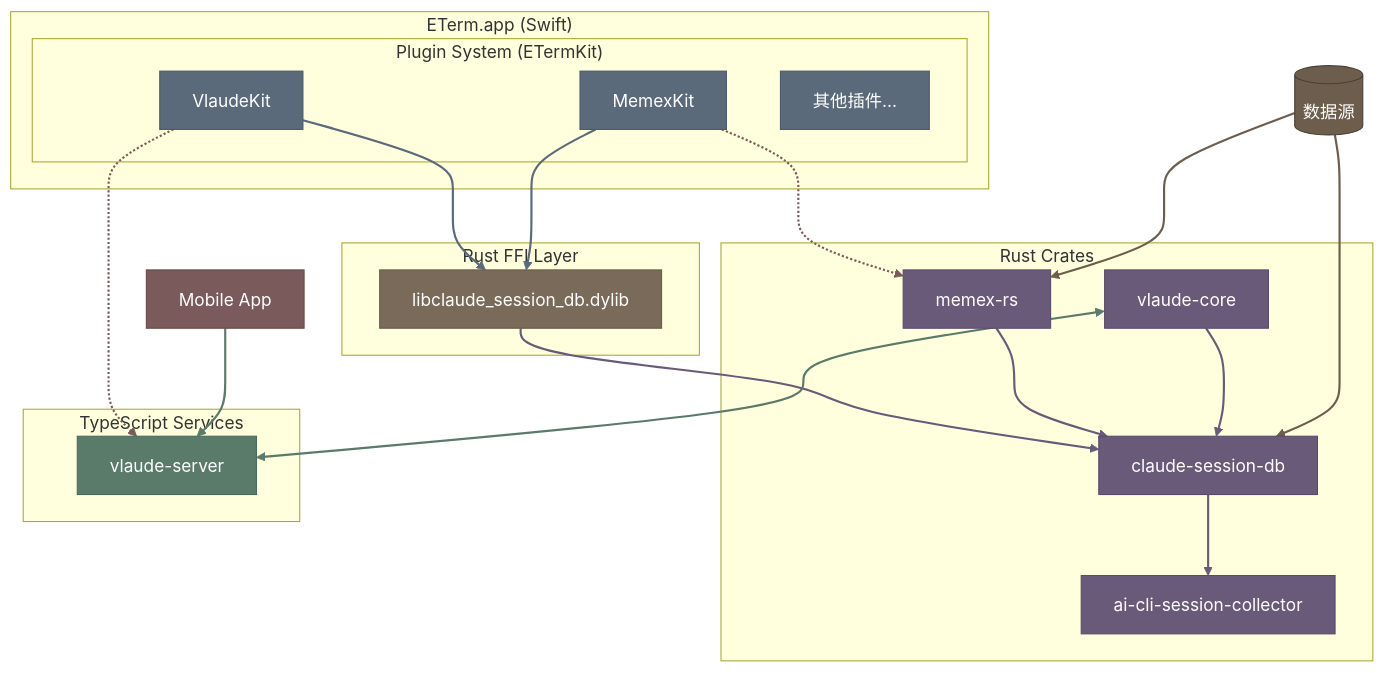
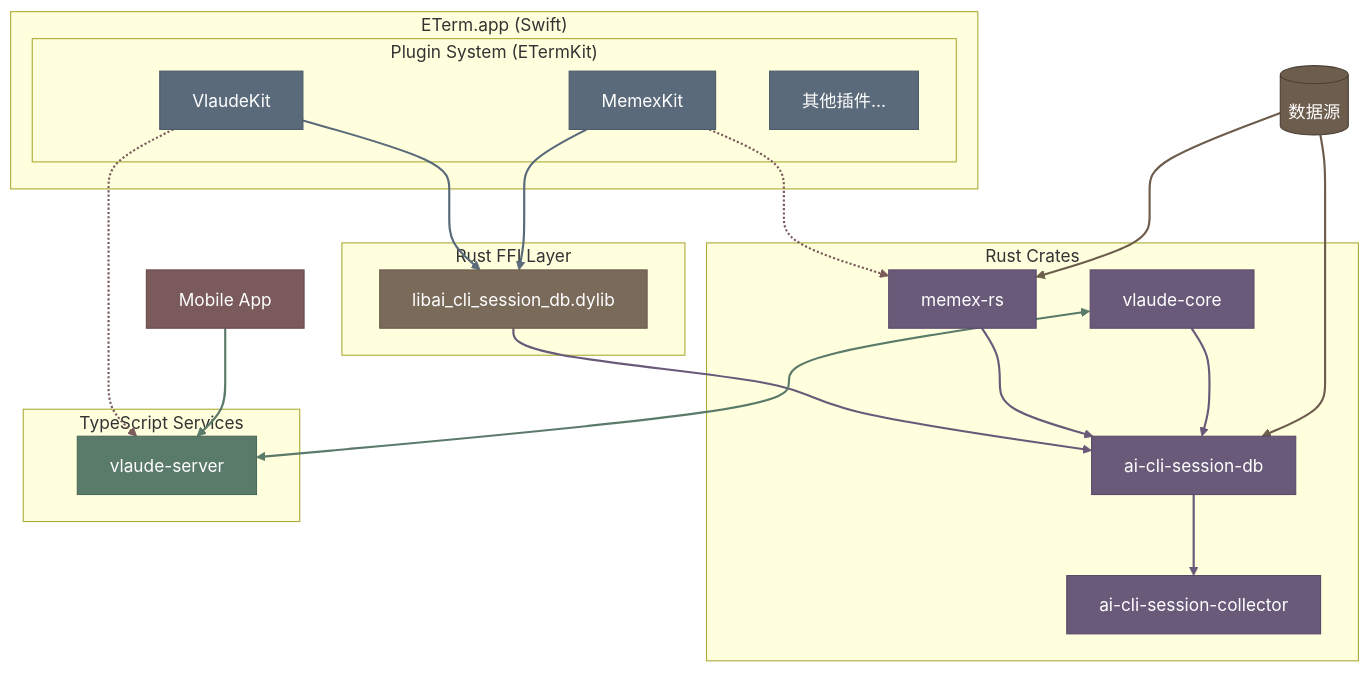
The second of 4 diagrams in ARCHITECTURE.md (vimo-ai/ETerm-workspace), drawn with Mermaid before and after one commit. The commit also changed other lines of this file and 9 other files, not shown here.

First line of the commit message:
🔧 Rename claude-session-db to ai-cli-session-db

````diff
--- a/ARCHITECTURE.md
+++ b/ARCHITECTURE.md
@@ -95,62 +95,62 @@
 ```mermaid
 flowchart TB
     subgraph APP["ETerm.app (Swift)"]
         subgraph Plugins["Plugin System (ETermKit)"]
             P1["VlaudeKit"]
             P2["MemexKit"]
             P3["其他插件..."]
         end
     end
 
     subgraph FFI["Rust FFI Layer"]
-        F1["libclaude_session_db.dylib"]
+        F1["libai_cli_session_db.dylib"]
     end
 
     subgraph Crates["Rust Crates"]
         R1["ai-cli-session-collector"]
-        R2["claude-session-db"]
+        R2["ai-cli-session-db"]
         R3["memex-rs"]
         R4["vlaude-core"]
     end
 
     subgraph TS["TypeScript Services"]
         T2["vlaude-server"]
     end
 
     DS[("数据源")]
     Mobile["Mobile App"]
 
     P1 --> F1
     P1 -.-> T2
     P2 --> F1
     P2 -.-> R3
 
     F1 --> R2
     R2 --> R1
     R3 --> R2
     R4 --> R2
 
     R4 <--> T2
     Mobile --> T2
 
     DS --> R2
     DS --> R3
 
     style P1 fill:#5A6A7A,stroke:#4A5A6A,color:#fff
     style P2 fill:#5A6A7A,stroke:#4A5A6A,color:#fff
     style P3 fill:#5A6A7A,stroke:#4A5A6A,color:#fff
     style F1 fill:#7A6A5A,stroke:#6A5A4A,color:#fff
     style R1 fill:#6A5A7A,stroke:#5A4A6A,color:#fff
     style R2 fill:#6A5A7A,stroke:#5A4A6A,color:#fff
     style R3 fill:#6A5A7A,stroke:#5A4A6A,color:#fff
     style R4 fill:#6A5A7A,stroke:#5A4A6A,color:#fff
     style T2 fill:#5A7A6A,stroke:#4A6A5A,color:#fff
     style DS fill:#6D5D4D,stroke:#4A3F35,color:#fff
     style Mobile fill:#7A5A5A,stroke:#6A4A4A,color:#fff
 
     linkStyle 0,2 stroke:#5A6A7A,stroke-width:2px
     linkStyle 1,3 stroke:#7A5A5A,stroke-width:2px
     linkStyle 4,5,6,7 stroke:#6A5A7A,stroke-width:2px
     linkStyle 8,9 stroke:#5A7A6A,stroke-width:2px
     linkStyle 10,11 stroke:#6D5D4D,stroke-width:2px
 ```
````
